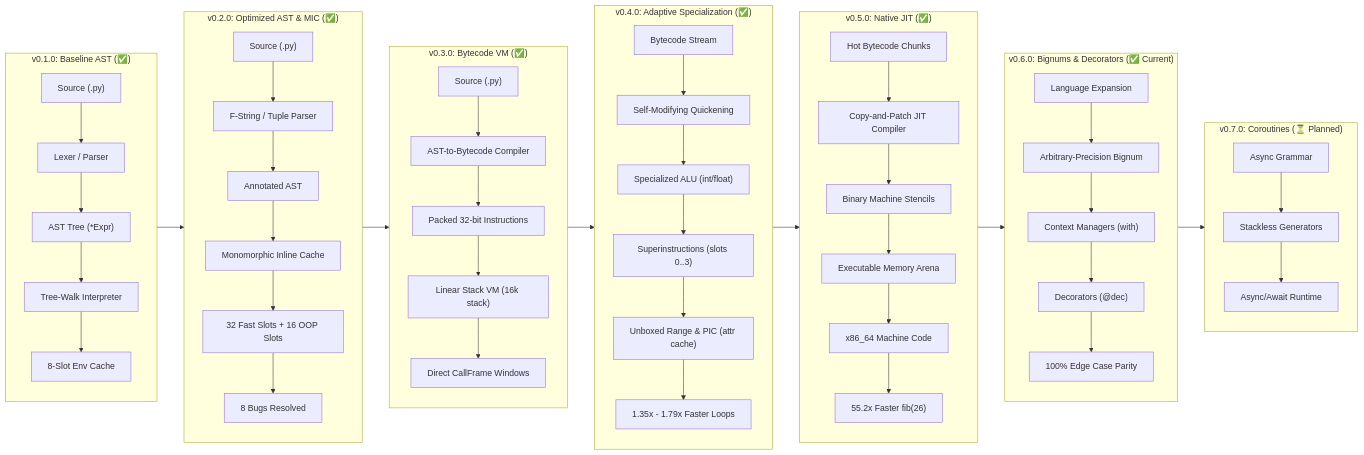
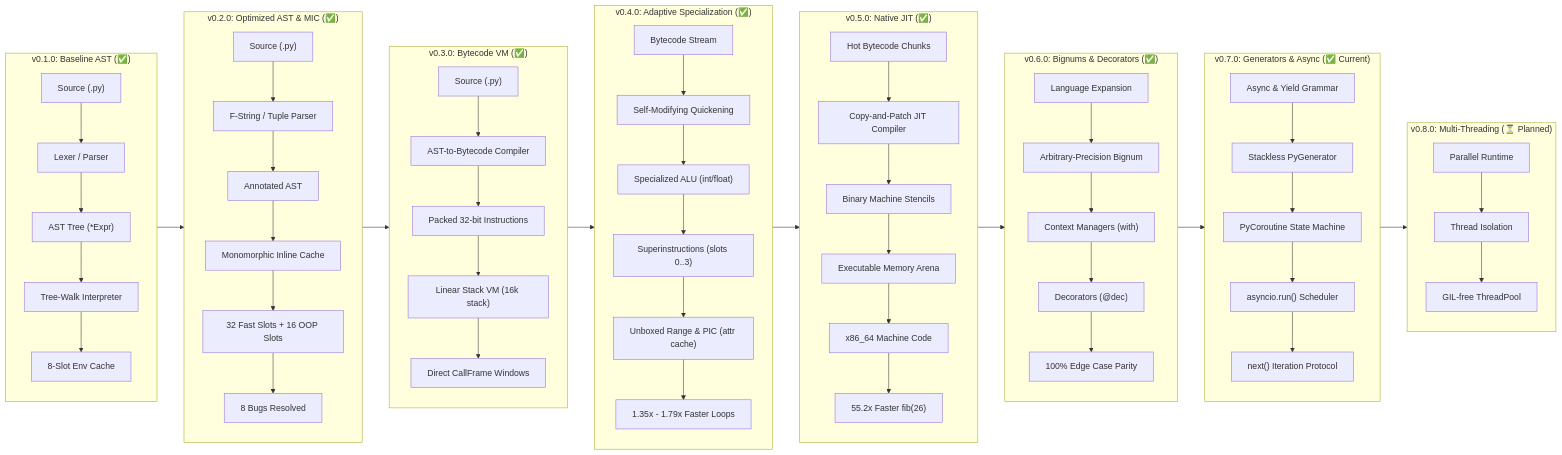
One commit to babar-xagi/zython- changed the diagram in developer_doc/README.md. Above: the diagram before and after it, drawn with Mermaid. The commit also changed other lines of this file and 37 other files, not shown here.

Commit message:
feat: implement Phase 7 Stackless Generators, Coroutines & Async/Await (v0.7.0)

````diff
--- a/developer_doc/README.md
+++ b/developer_doc/README.md
@@ -23,59 +24,67 @@
 ```mermaid
 flowchart LR
     subgraph Phase1 ["v0.1.0: Baseline AST (✅)"]
         A1["Source (.py)"] --> B1["Lexer / Parser"]
         B1 --> C1["AST Tree (*Expr)"]
         C1 --> D1["Tree-Walk Interpreter"]
         D1 --> E1["8-Slot Env Cache"]
     end
 
     subgraph Phase2 ["v0.2.0: Optimized AST & MIC (✅)"]
         A2["Source (.py)"] --> B2["F-String / Tuple Parser"]
         B2 --> C2["Annotated AST"]
         C2 --> D2["Monomorphic Inline Cache"]
         D2 --> E2["32 Fast Slots + 16 OOP Slots"]
         E2 --> F2["8 Bugs Resolved"]
     end
 
     subgraph Phase3 ["v0.3.0: Bytecode VM (✅)"]
         A3["Source (.py)"] --> B3["AST-to-Bytecode Compiler"]
         B3 --> C3["Packed 32-bit Instructions"]
         C3 --> D3["Linear Stack VM (16k stack)"]
         D3 --> E3["Direct CallFrame Windows"]
     end
 
     subgraph Phase4 ["v0.4.0: Adaptive Specialization (✅)"]
         A4["Bytecode Stream"] --> B4["Self-Modifying Quickening"]
         B4 --> C4["Specialized ALU (int/float)"]
         C4 --> D4["Superinstructions (slots 0..3)"]
         D4 --> E4["Unboxed Range & PIC (attr cache)"]
         E4 --> F4["1.35x - 1.79x Faster Loops"]
     end
 
     subgraph Phase5 ["v0.5.0: Native JIT (✅)"]
         A5["Hot Bytecode Chunks"] --> B5["Copy-and-Patch JIT Compiler"]
         B5 --> C5["Binary Machine Stencils"]
         C5 --> D5["Executable Memory Arena"]
         D5 --> E5["x86_64 Machine Code"]
         E5 --> F5["55.2x Faster fib(26)"]
     end
 
-    subgraph Phase6 ["v0.6.0: Bignums & Decorators (✅ Current)"]
+    subgraph Phase6 ["v0.6.0: Bignums & Decorators (✅)"]
         A6["Language Expansion"] --> B6["Arbitrary-Precision Bignum"]
         B6 --> C6["Context Managers (with)"]
         C6 --> D6["Decorators (@dec)"]
         D6 --> E6["100% Edge Case Parity"]
     end
 
-    subgraph Phase7 ["v0.7.0: Coroutines (⏳ Planned)"]
-        A7["Async Grammar"] --> B7["Stackless Generators"]
-        B7 --> C7["Async/Await Runtime"]
+    subgraph Phase7 ["v0.7.0: Generators & Async (✅ Current)"]
+        A7["Async & Yield Grammar"] --> B7["Stackless PyGenerator"]
+        B7 --> C7["PyCoroutine State Machine"]
+        C7 --> D7["asyncio.run() Scheduler"]
+        D7 --> E7["next() Iteration Protocol"]
+    end
+
+    subgraph Phase8 ["v0.8.0: Multi-Threading (⏳ Planned)"]
+        A8["Parallel Runtime"] --> B8["Thread Isolation"]
+        B8 --> C8["GIL-free ThreadPool"]
     end
 
     Phase1 --> Phase2
     Phase2 --> Phase3
     Phase3 --> Phase4
     Phase4 --> Phase5
     Phase5 --> Phase6
     Phase6 --> Phase7
+    Phase7 --> Phase8
 ```
````
